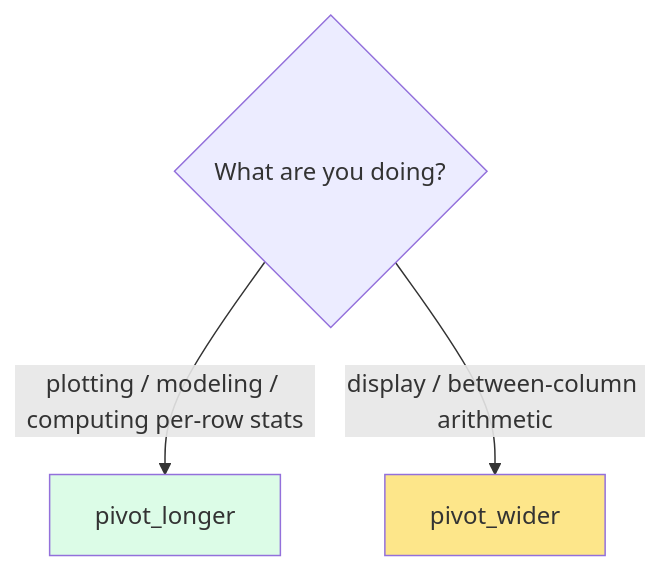
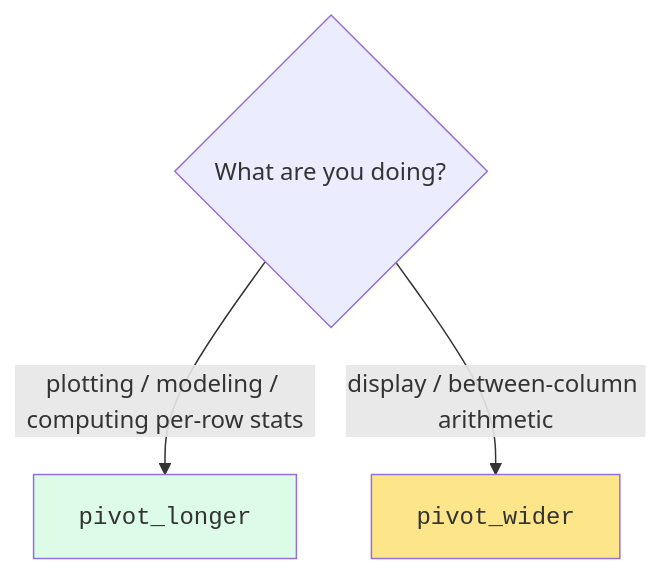
Before and after one commit to dataslope/dataslope: the second of 2 diagrams in content/learn/practical-r-for-beginners/reshaping-data.mdx, drawn with Mermaid. The commit also changed 218 other files, not shown here.

First line of the commit message:
Render code-only mermaid shapes in monospace; convert step sequences to Steps (#467)

````diff
--- a/content/learn/practical-r-for-beginners/reshaping-data.mdx
+++ b/content/learn/practical-r-for-beginners/reshaping-data.mdx
@@ -220,8 +220,8 @@
 ```mermaid
 flowchart TB
   q{"What are you doing?"}
-  q -->|"plotting / modeling / computing per-row stats"| L["pivot_longer"]
-  q -->|"display / between-column arithmetic"| W["pivot_wider"]
+  q -->|"plotting / modeling / computing per-row stats"| L["<code>pivot_longer</code>"]
+  q -->|"display / between-column arithmetic"| W["<code>pivot_wider</code>"]
   style L fill:#dcfce7
   style W fill:#fde68a
 ```
````
